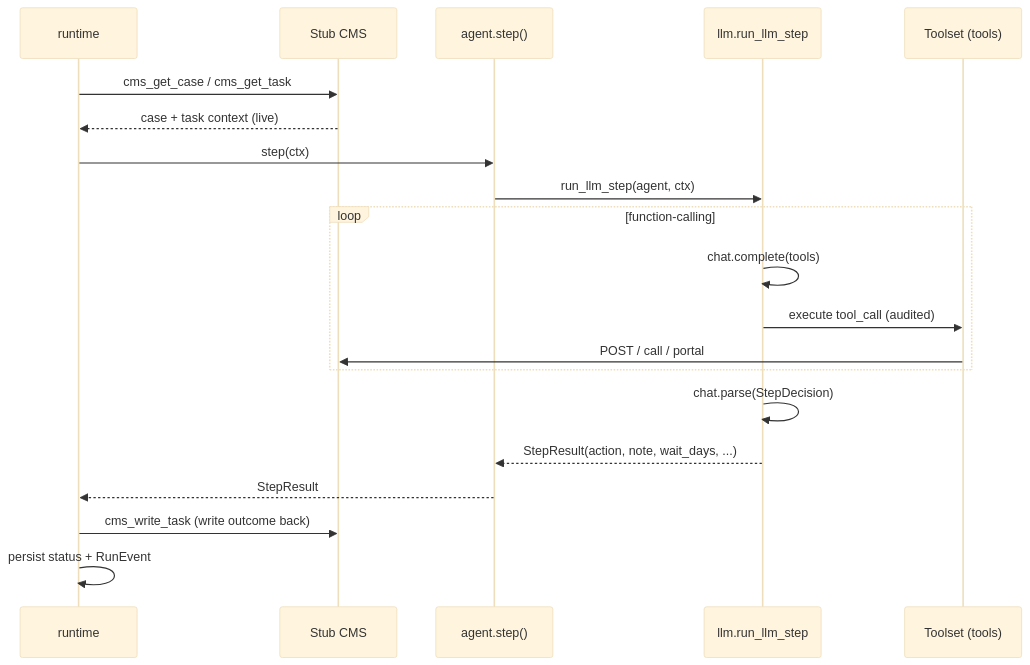
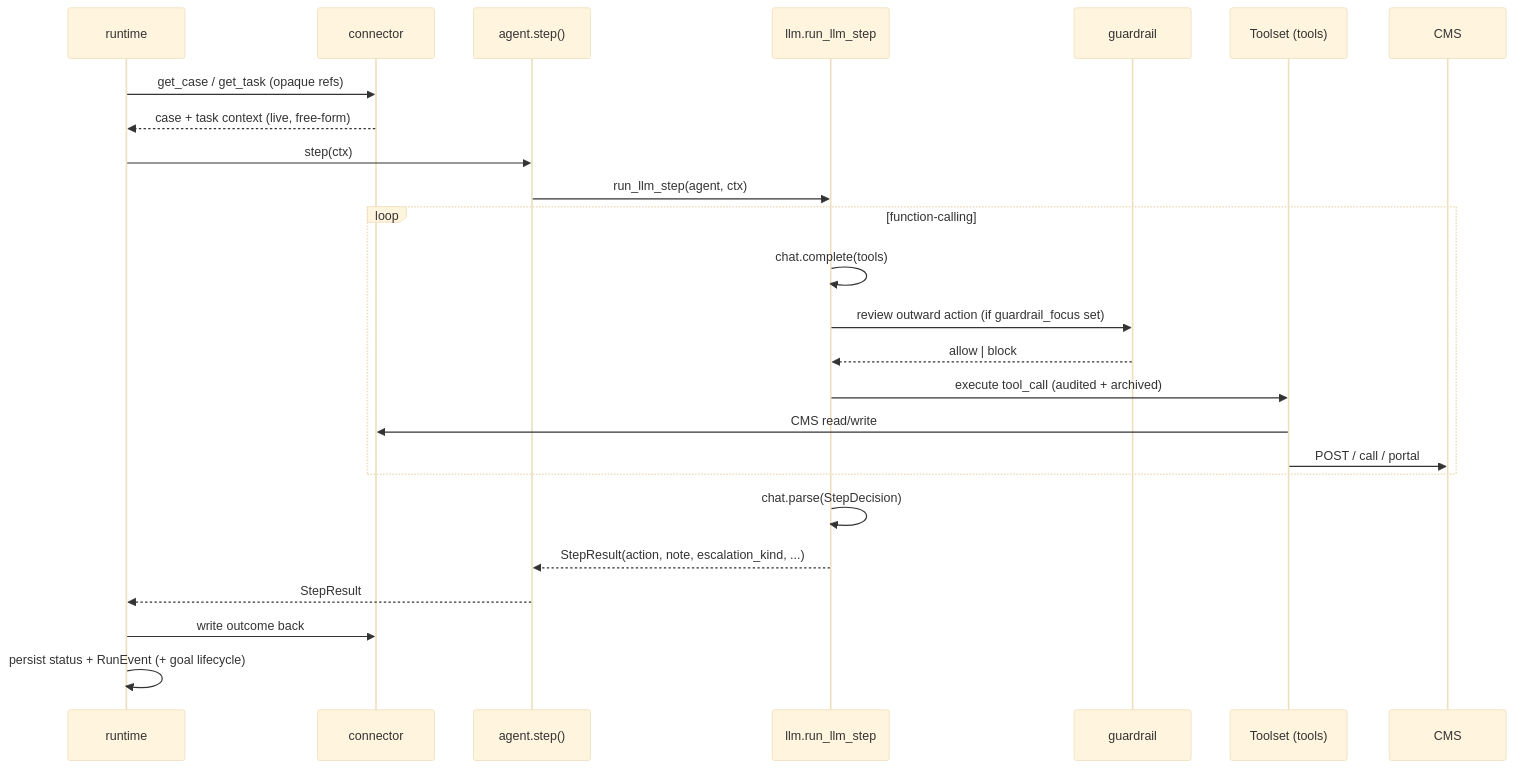
The fifth of 8 diagrams in GUIDE.md (rehanvipin/aigent-dploy), drawn with Mermaid (base theme) before and after one commit. The commit also changed other lines of this file and 30 other files, not shown here.

Commit message:
redesign architecture

````diff
--- a/GUIDE.md
+++ b/GUIDE.md
@@ -238,23 +329,27 @@
 ```mermaid
 sequenceDiagram
     participant RT as runtime
-    participant CMS as Stub CMS
+    participant CONN as connector
     participant AG as agent.step()
     participant LLM as llm.run_llm_step
+    participant GR as guardrail
     participant TL as Toolset (tools)
 
-    RT->>CMS: cms_get_case / cms_get_task
-    CMS-->>RT: case + task context (live)
+    RT->>CONN: get_case / get_task (opaque refs)
+    CONN-->>RT: case + task context (live, free-form)
     RT->>AG: step(ctx)
     AG->>LLM: run_llm_step(agent, ctx)
     loop function-calling
         LLM->>LLM: chat.complete(tools)
-        LLM->>TL: execute tool_call (audited)
+        LLM->>GR: review outward action (if guardrail_focus set)
+        GR-->>LLM: allow | block
+        LLM->>TL: execute tool_call (audited + archived)
+        TL->>CONN: CMS read/write
         TL->>CMS: POST / call / portal
     end
     LLM->>LLM: chat.parse(StepDecision)
-    LLM-->>AG: StepResult(action, note, wait_days, ...)
+    LLM-->>AG: StepResult(action, note, escalation_kind, ...)
     AG-->>RT: StepResult
-    RT->>CMS: cms_write_task (write outcome back)
-    RT->>RT: persist status + RunEvent
+    RT->>CONN: write outcome back
+    RT->>RT: persist status + RunEvent (+ goal lifecycle)
 ```
````
